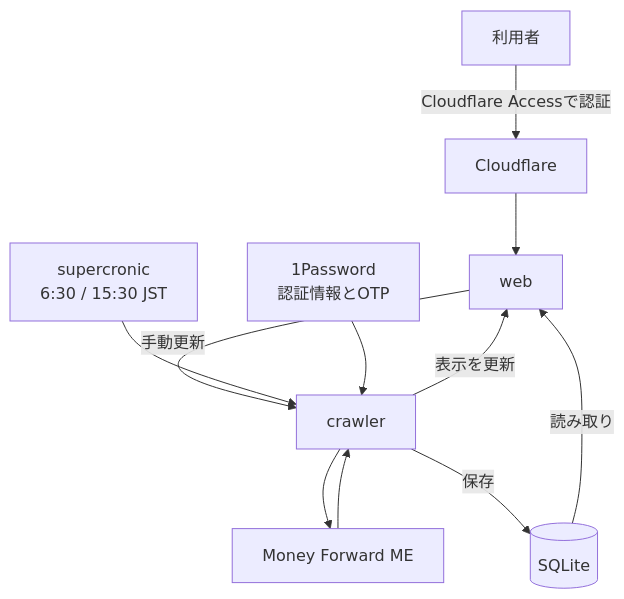
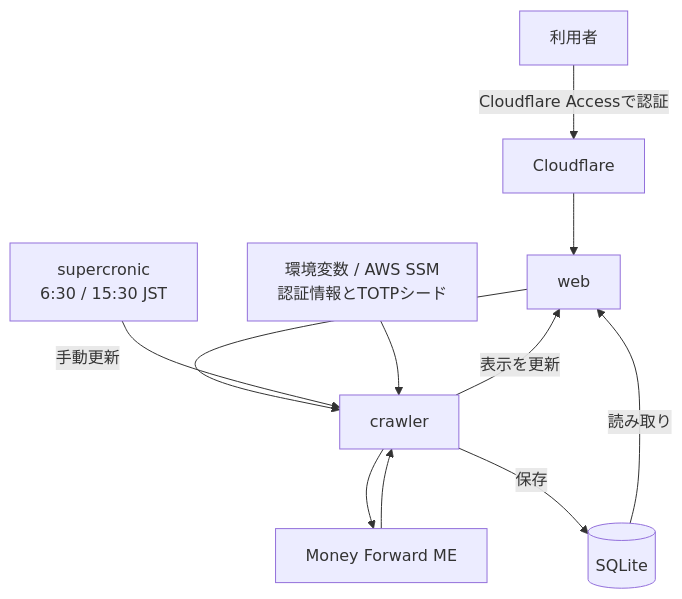
Before and after one commit to ahalcyon/mf-dashboard: the diagram in README.md, drawn with Mermaid. The commit also changed 10 other files, not shown here.

First line of the commit message:
feat(crawler): resolve credentials from env vars and AWS SSM

````diff
--- a/README.md
+++ b/README.md
@@ -65,13 +65,13 @@
 ```mermaid
 flowchart TD
     U[利用者] -->|Cloudflare Accessで認証| T[Cloudflare]
     T --> W[web]
     W -->|手動更新| C[crawler]
     S[supercronic<br/>6:30 / 15:30 JST] --> C
-    O[1Password<br/>認証情報とOTP] --> C
+    O[環境変数 / AWS SSM<br/>認証情報とTOTPシード] --> C
     C --> M[Money Forward ME]
     M --> C
     C -->|保存| D[(SQLite)]
     D -->|読み取り| W
     C -->|表示を更新| W
 ```
````
